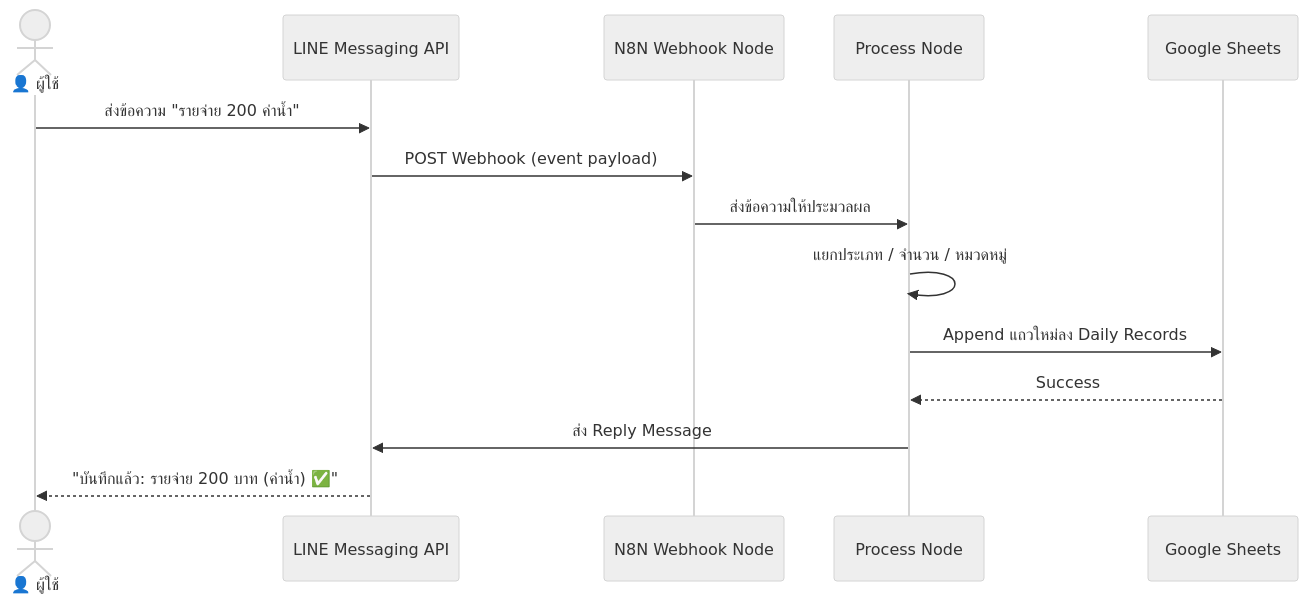
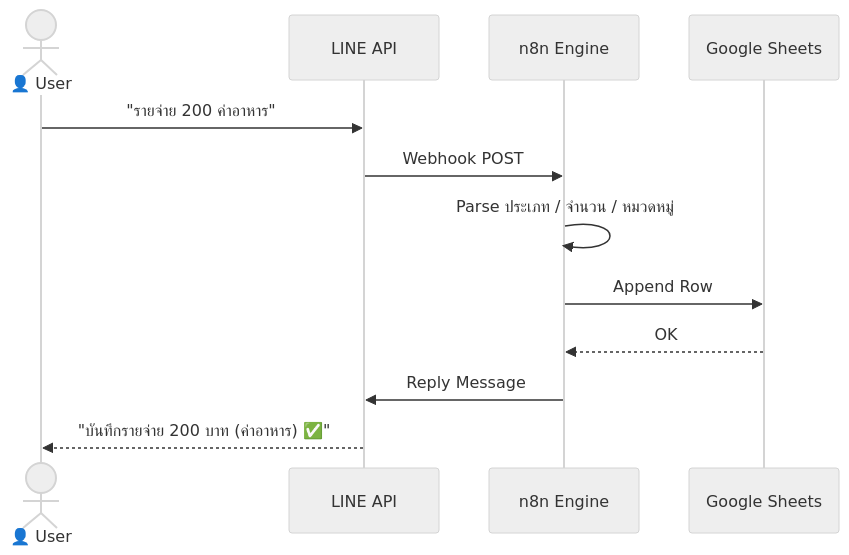
One commit to Sayhighz/personal-accounting changed the fourth of 5 diagrams in README.md. Above: the diagram before and after it, drawn with Mermaid (neutral theme). The commit also changed other lines of this file, not shown here.

First line of the commit message:
feat: redesign README with Mermaid diagrams and repo structure

````diff
--- a/README.md
+++ b/README.md
@@ -69,17 +95,15 @@
 ```mermaid
 sequenceDiagram
-    actor User as 👤 ผู้ใช้
-    participant LINE as LINE Messaging API
-    participant N8N as N8N Webhook Node
-    participant Parse as Process Node
-    participant GS as Google Sheets
+    actor User as 👤 User
+    participant LINE as LINE API
+    participant N8N  as n8n Engine
+    participant GS   as Google Sheets
 
-    User->>LINE: ส่งข้อความ "รายจ่าย 200 ค่าน้ำ"
-    LINE->>N8N: POST Webhook (event payload)
-    N8N->>Parse: ส่งข้อความให้ประมวลผล
-    Parse->>Parse: แยกประเภท / จำนวน / หมวดหมู่
-    Parse->>GS: Append แถวใหม่ลง Daily Records
-    GS-->>Parse: Success
-    Parse->>LINE: ส่ง Reply Message
-    LINE-->>User: "บันทึกแล้ว: รายจ่าย 200 บาท (ค่าน้ำ) ✅"
+    User  ->> LINE : "รายจ่าย 200 ค่าอาหาร"
+    LINE  ->> N8N  : Webhook POST
+    N8N   ->> N8N  : Parse ประเภท / จำนวน / หมวดหมู่
+    N8N   ->> GS   : Append Row
+    GS   -->> N8N  : OK
+    N8N   ->> LINE : Reply Message
+    LINE -->> User : "บันทึกรายจ่าย 200 บาท (ค่าอาหาร) ✅"
 ```
````
